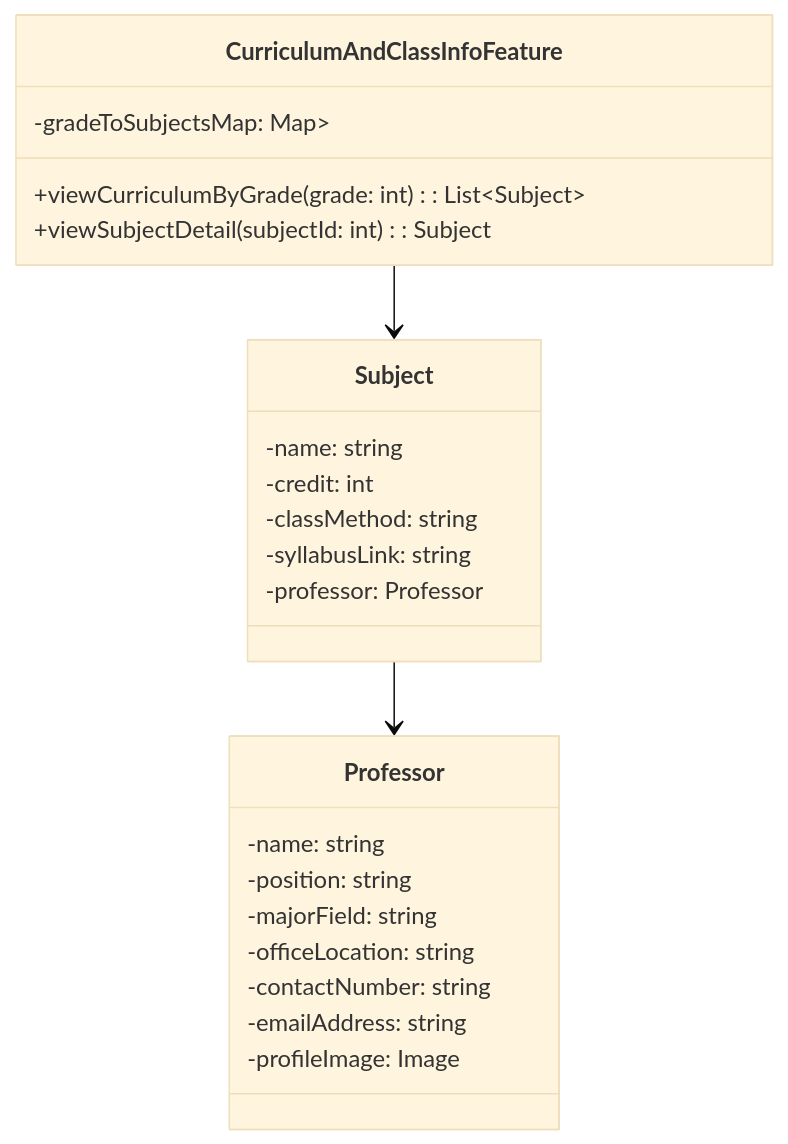
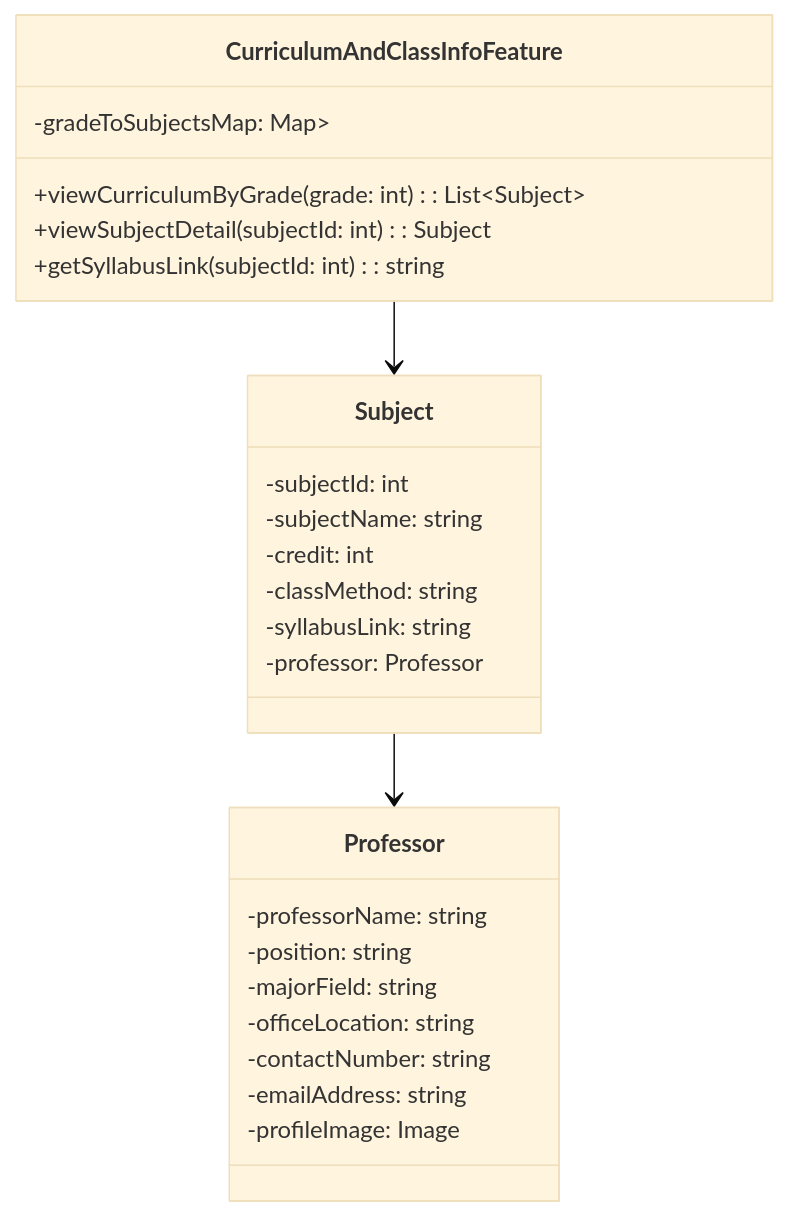
One commit to sun922/University-SoftwareDesign changed the third of 11 diagrams in 2. Design/Software Design Documents.md. Above: the diagram before and after it, drawn with Mermaid (base theme). The commit also changed other lines of this file, not shown here.

Commit message:
클래스 다이어그램 누락된거 수정

````diff
--- a/2. Design/Software Design Documents.md
+++ b/2. Design/Software Design Documents.md
@@ -252,29 +252,31 @@
 ```mermaid
 classDiagram
 class CurriculumAndClassInfoFeature {
   -gradeToSubjectsMap: Map<int, List<Subject>>
   +viewCurriculumByGrade(grade: int): List~Subject~
   +viewSubjectDetail(subjectId: int): Subject
+  +getSyllabusLink(subjectId: int): string
 }
 
 class Subject {
-  -name: string
+  -subjectId: int
+  -subjectName: string
   -credit: int
   -classMethod: string
   -syllabusLink: string
   -professor: Professor
 }
 
 class Professor {
-  -name: string
+  -professorName: string
   -position: string
   -majorField: string
   -officeLocation: string
   -contactNumber: string
   -emailAddress: string
   -profileImage: Image
 }
 
 CurriculumAndClassInfoFeature --> Subject
 Subject --> Professor
 ```
````
